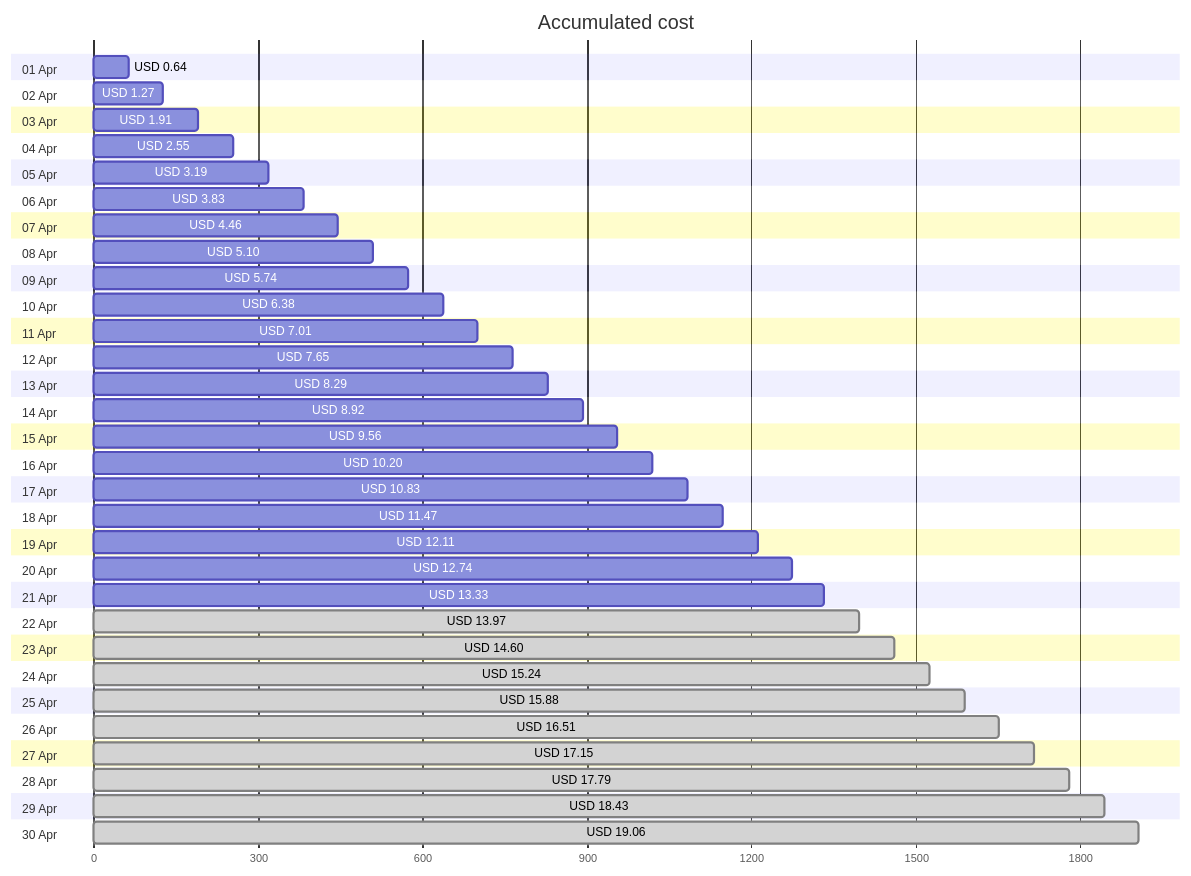
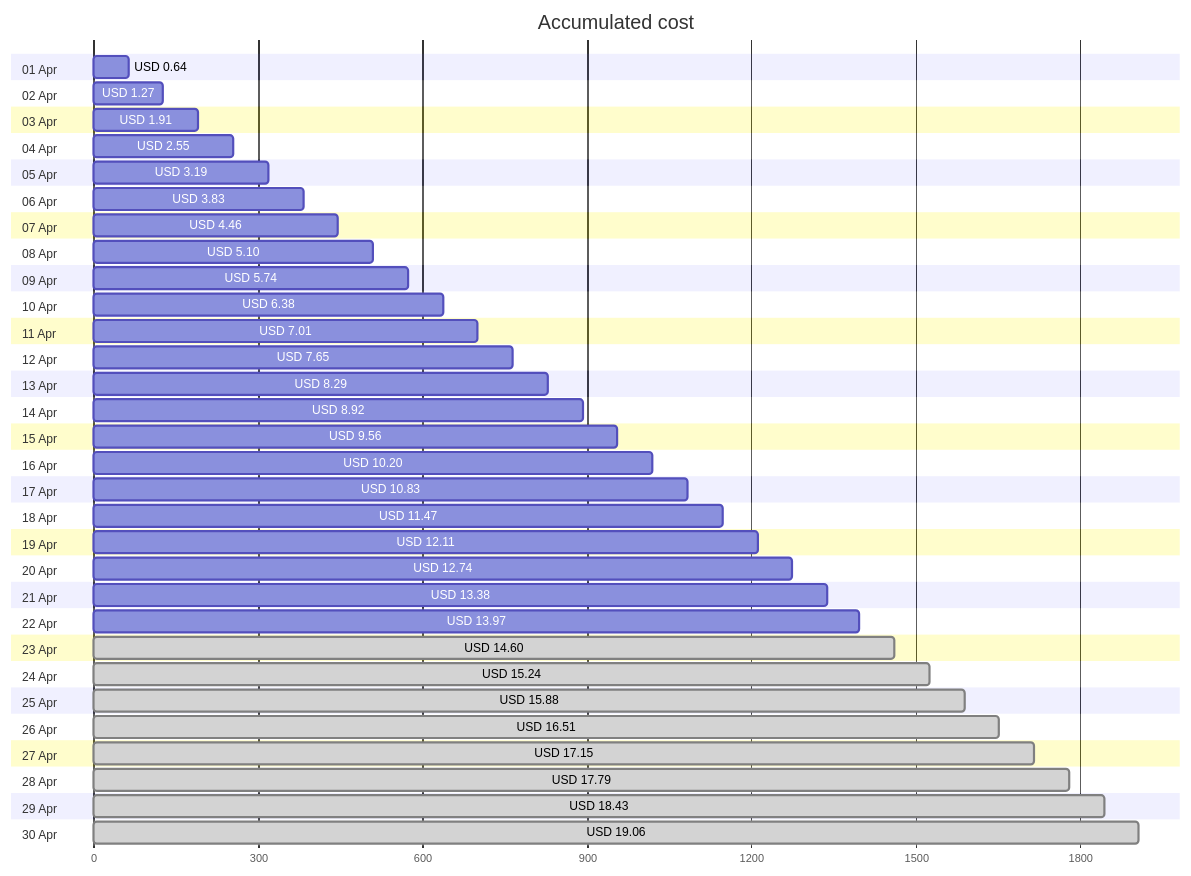
Before and after one commit to jpfulton/azure-personal-reports: the first of 4 diagrams in cost-reports/accumulated-cost.md, drawn with Mermaid. The commit also changed other lines of this file and 4 other files, not shown here.

````diff
--- a/cost-reports/accumulated-cost.md
+++ b/cost-reports/accumulated-cost.md
@@ -20,66 +20,66 @@
 ```mermaid
 gantt
    title Accumulated cost
    dateFormat  X
    axisFormat %s
    section 01 Apr
    USD 0.64 :0, 64
    section 02 Apr
    USD 1.27 :0, 127
    section 03 Apr
    USD 1.91 :0, 191
    section 04 Apr
    USD 2.55 :0, 255
    section 05 Apr
    USD 3.19 :0, 319
    section 06 Apr
    USD 3.83 :0, 383
    section 07 Apr
    USD 4.46 :0, 446
    section 08 Apr
    USD 5.10 :0, 510
    section 09 Apr
    USD 5.74 :0, 574
    section 10 Apr
    USD 6.38 :0, 638
    section 11 Apr
    USD 7.01 :0, 701
    section 12 Apr
    USD 7.65 :0, 765
    section 13 Apr
    USD 8.29 :0, 829
    section 14 Apr
    USD 8.92 :0, 892
    section 15 Apr
    USD 9.56 :0, 956
    section 16 Apr
    USD 10.20 :0, 1020
    section 17 Apr
    USD 10.83 :0, 1083
    section 18 Apr
    USD 11.47 :0, 1147
    section 19 Apr
    USD 12.11 :0, 1211
    section 20 Apr
    USD 12.74 :0, 1274
    section 21 Apr
-   USD 13.33 :0, 1333
+   USD 13.38 :0, 1338
    section 22 Apr
-   USD 13.97 : done, 0, 1397
+   USD 13.97 :0, 1397
    section 23 Apr
    USD 14.60 : done, 0, 1460
    section 24 Apr
    USD 15.24 : done, 0, 1524
    section 25 Apr
    USD 15.88 : done, 0, 1588
    section 26 Apr
    USD 16.51 : done, 0, 1651
    section 27 Apr
    USD 17.15 : done, 0, 1715
    section 28 Apr
    USD 17.79 : done, 0, 1779
    section 29 Apr
    USD 18.43 : done, 0, 1843
    section 30 Apr
    USD 19.06 : done, 0, 1906
 ```
````
